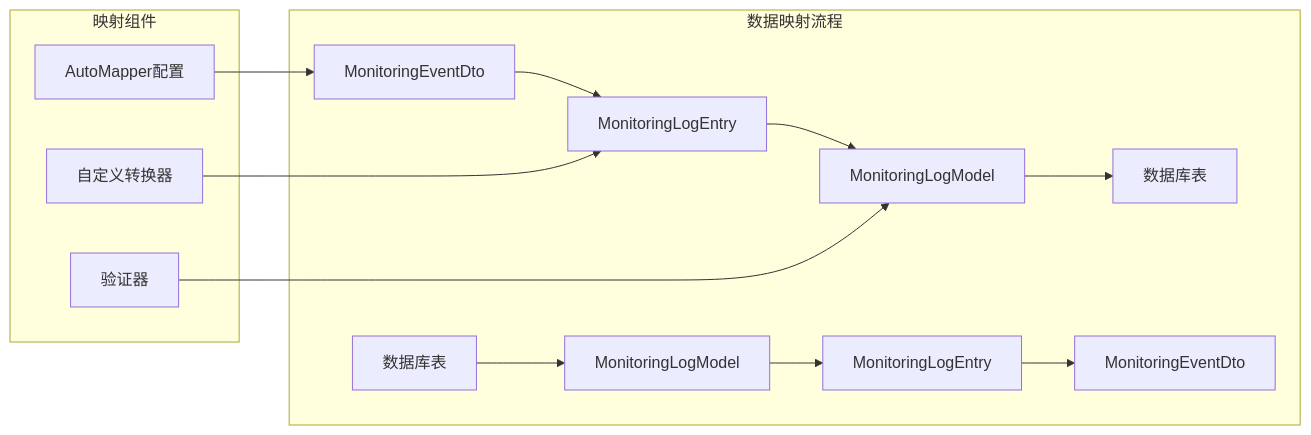
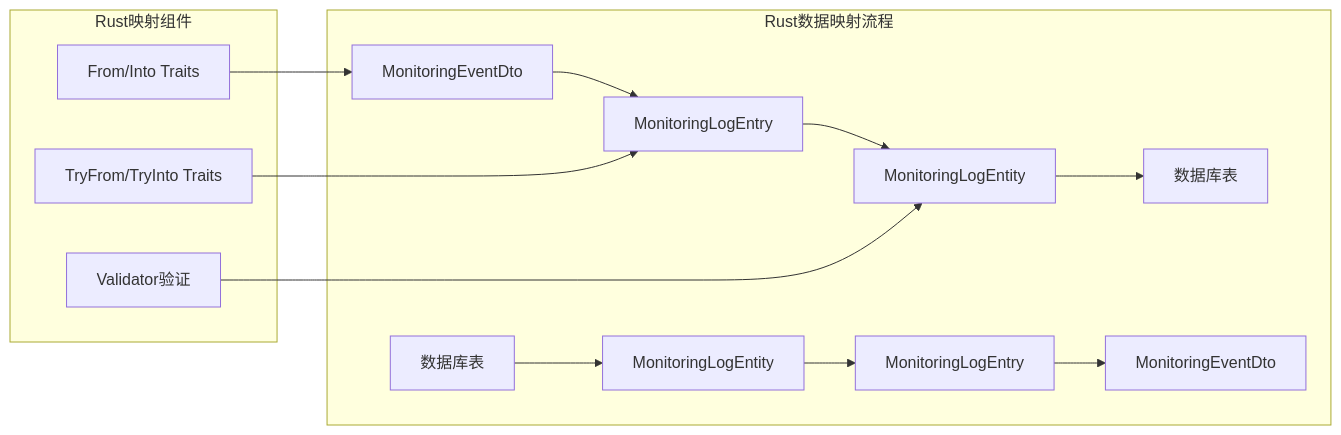
The seventh of 10 diagrams in docs_TecDesign/广告投放引擎/广告效果监测服务设计/广告效果监测服务数据结构设计.md (lornshrimp/Lorn.ADSP.Rust), drawn with Mermaid before and after one commit. The commit also changed other lines of this file and 8 other files, not shown here.

````diff
--- a/docs_TecDesign/广告投放引擎/广告效果监测服务设计/广告效果监测服务数据结构设计.md
+++ b/docs_TecDesign/广告投放引擎/广告效果监测服务设计/广告效果监测服务数据结构设计.md
@@ -502,22 +2901,22 @@
 ```mermaid
 graph LR
-    subgraph "数据映射流程"
+    subgraph "Rust数据映射流程"
         A[MonitoringEventDto] --> B[MonitoringLogEntry]
-        B --> C[MonitoringLogModel]
+        B --> C[MonitoringLogEntity]
         C --> D[数据库表]
         
-        E[数据库表] --> F[MonitoringLogModel]
+        E[数据库表] --> F[MonitoringLogEntity]
         F --> G[MonitoringLogEntry]
         G --> H[MonitoringEventDto]
     end
     
-    subgraph "映射组件"
-        I[AutoMapper配置]
-        J[自定义转换器]
-        K[验证器]
+    subgraph "Rust映射组件"
+        I[From/Into Traits]
+        J[TryFrom/TryInto Traits]
+        K[Validator验证]
     end
     
     I --> A
     J --> B
     K --> C
 ```
````
